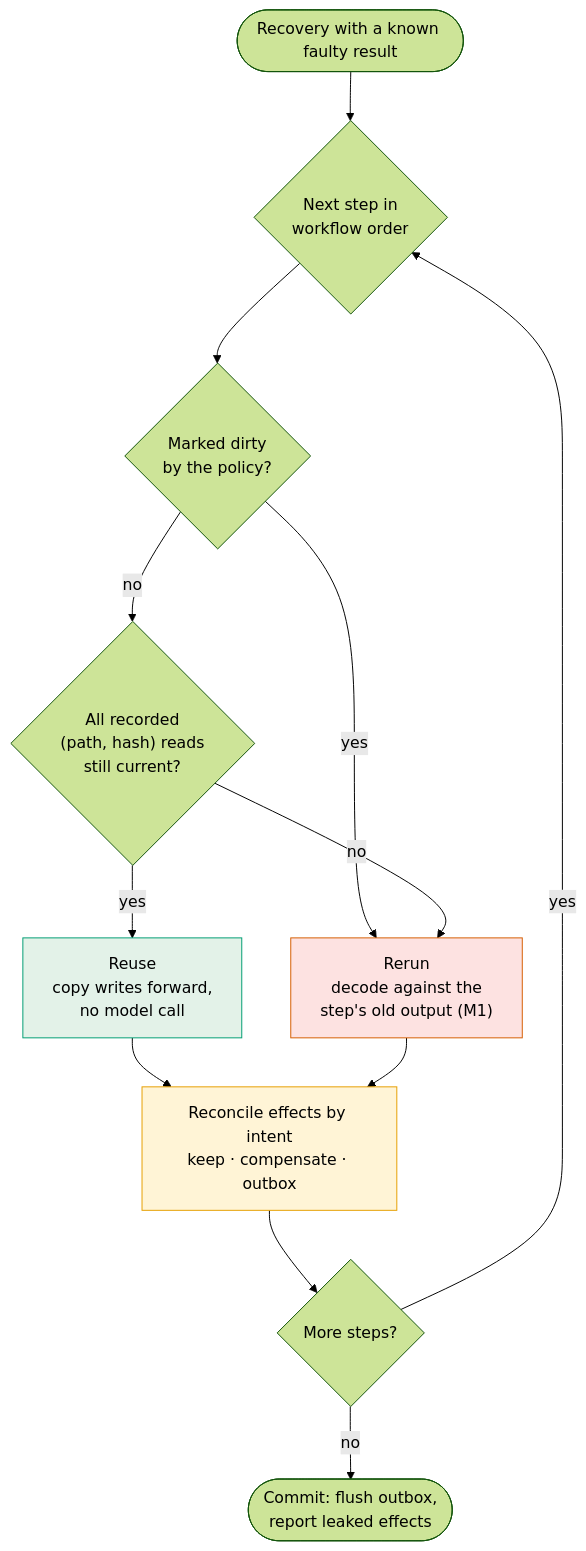
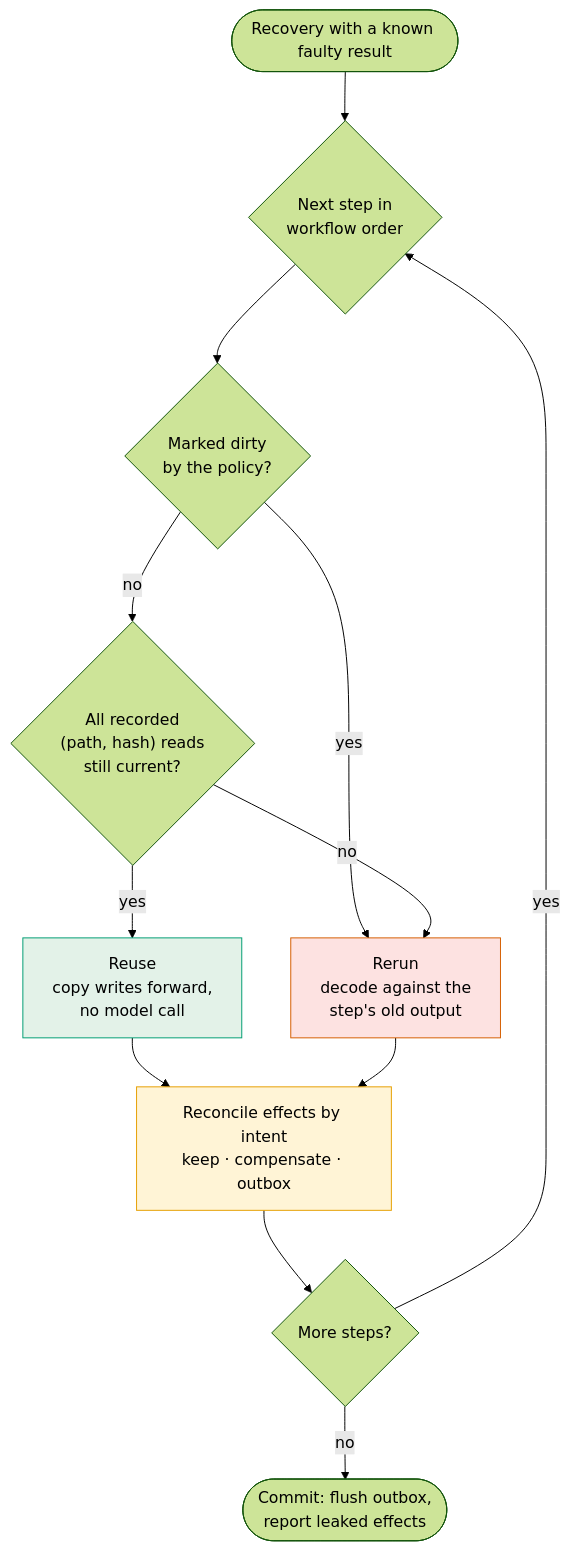
Before and after one commit to Yitang233/agent-rewind: the second of 2 diagrams in README.md, drawn with Mermaid (forest theme). The commit also changed other lines of this file and 3 other files, not shown here.

````diff
--- a/README.md
+++ b/README.md
@@ -150,18 +147,18 @@
 ```mermaid
 flowchart TD
     start(["Recovery with a known faulty result"]) --> next{"Next step in<br/>workflow order"}
     next --> dirty{"Marked dirty<br/>by the policy?"}
     dirty -- yes --> rerun
     dirty -- no --> verify{"All recorded<br/>(path, hash) reads<br/>still current?"}
     verify -- yes --> reuse["Reuse<br/>copy writes forward,<br/>no model call"]
-    verify -- no --> rerun["Rerun<br/>decode against the<br/>step's old output (M1)"]
+    verify -- no --> rerun["Rerun<br/>decode against the<br/>step's old output"]
     reuse --> fx
     rerun --> fx["Reconcile effects by intent<br/>keep · compensate · outbox"]
     fx --> more{"More steps?"}
     more -- yes --> next
     more -- no --> commit(["Commit: flush outbox,<br/>report leaked effects"])
 
     style reuse fill:#e3f2e8,stroke:#009e73
     style rerun fill:#fde2e1,stroke:#d55e00
     style fx fill:#fff4d6,stroke:#e69f00
 ```
````
